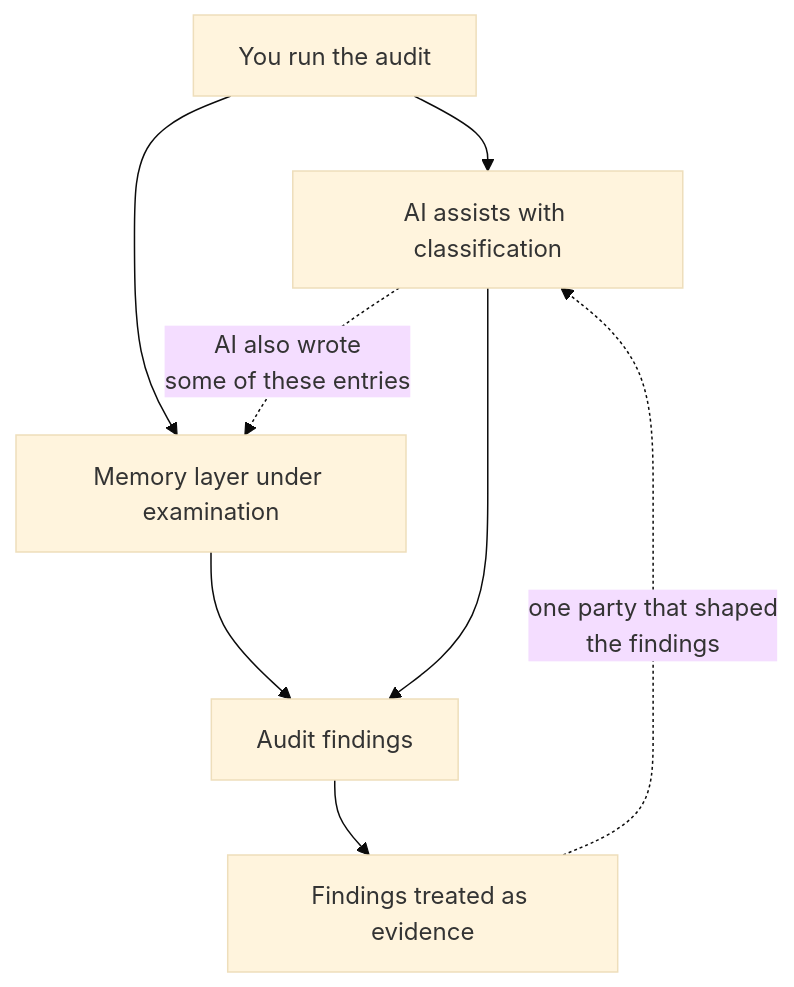
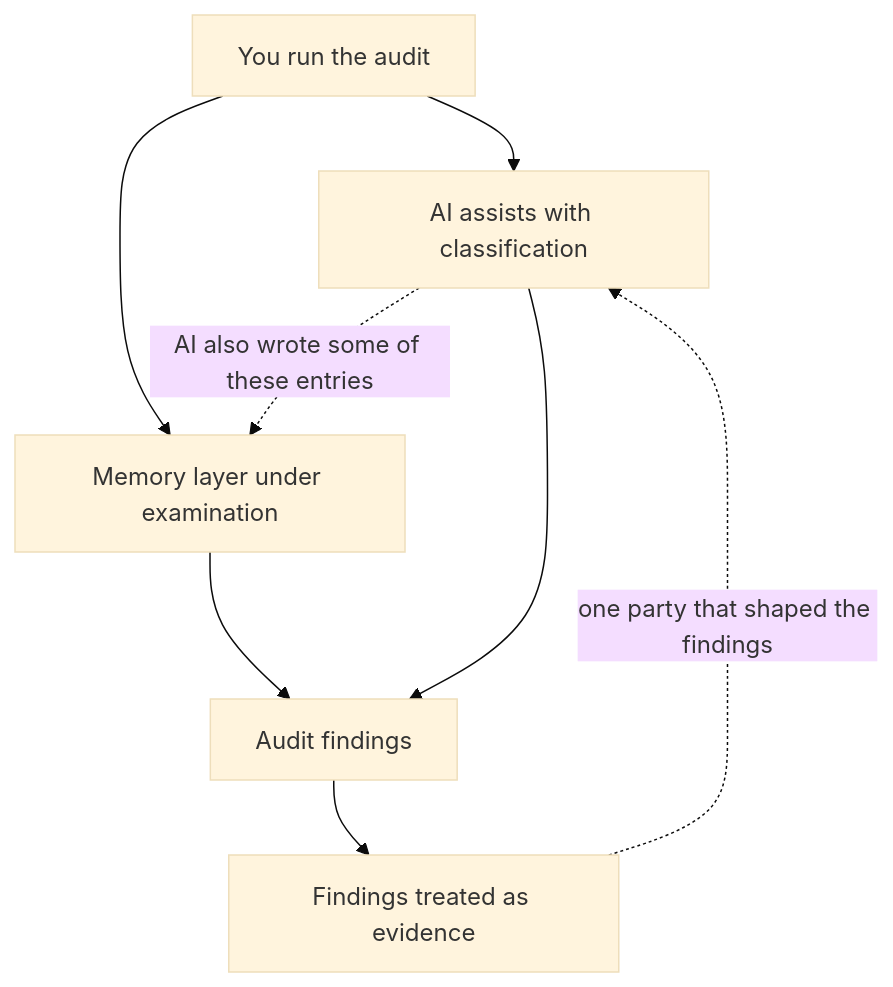
The diagram in src/content/research/cognitive-security-part3.mdx (CyberdaemonAI/cyberdaemon-site), drawn with Mermaid (base theme) before and after one commit. The commit also changed 7 other files, not shown here.

Commit message:
fix(mermaid): quote node labels with backslash-n, fix literal newlines, remove stale knowledge map

````diff
--- a/src/content/research/cognitive-security-part3.mdx
+++ b/src/content/research/cognitive-security-part3.mdx
@@ -69,10 +69,10 @@
 ```mermaid
 flowchart TD
     A[You run the audit] --> B[AI assists with classification]
     A --> C[Memory layer under examination]
-    B -.->|AI also wrote\nsome of these entries| C
+    B -.->|"AI also wrote some of these entries"| C
     C --> D[Audit findings]
     B --> D
     D --> E[Findings treated as evidence]
-    E -.->|one party that shaped\nthe findings| B
+    E -.->|"one party that shaped the findings"| B
 ```
````
